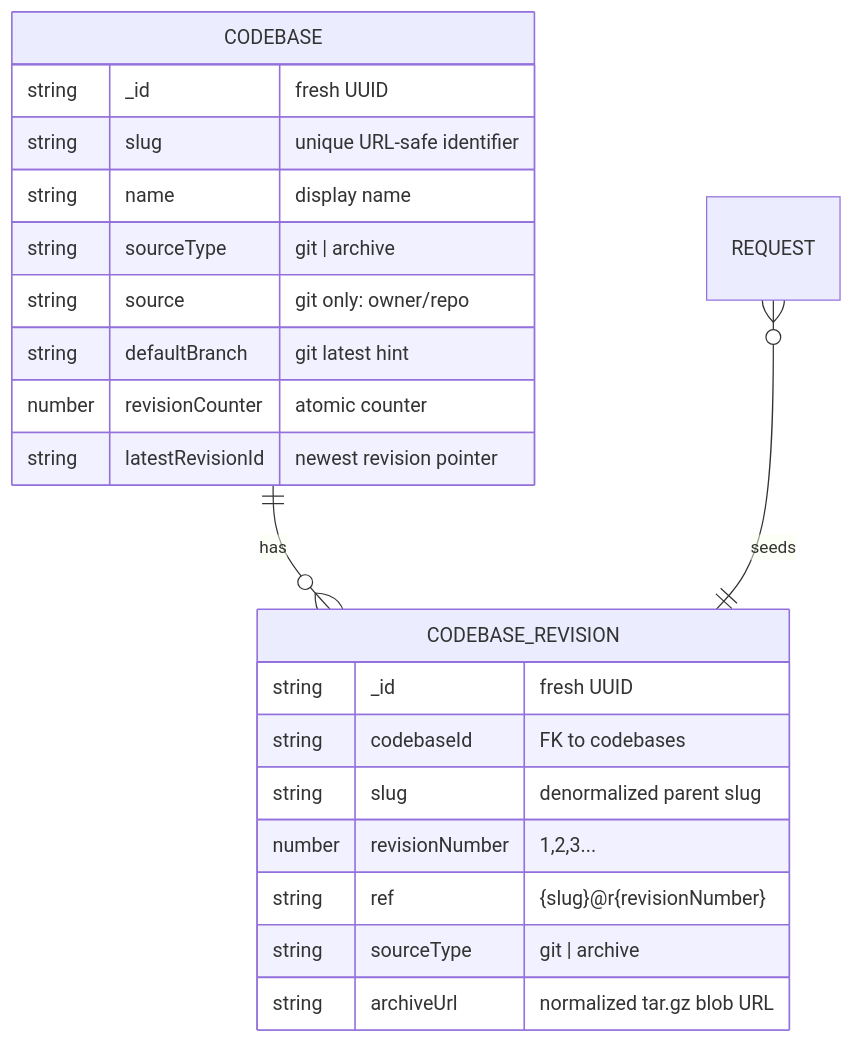
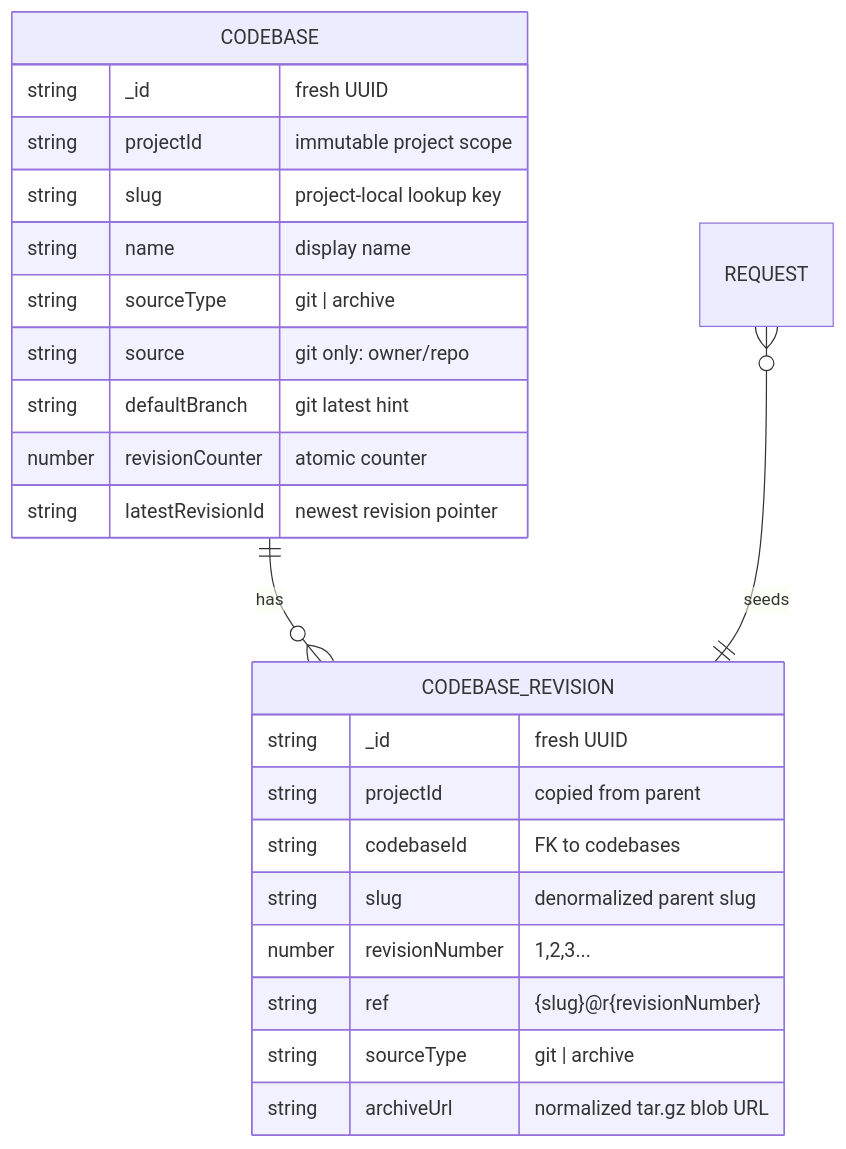
Before and after one commit to 1aifanatic/scope: the second of 3 diagrams in docs/architecture/codebases.md, drawn with Mermaid. The commit also changed other lines of this file and 154 other files, not shown here.

````diff
--- a/docs/architecture/codebases.md
+++ b/docs/architecture/codebases.md
@@ -54,26 +54,28 @@
 ```mermaid
 erDiagram
     CODEBASE ||--o{ CODEBASE_REVISION : has
     REQUEST }o--|| CODEBASE_REVISION : seeds
 
     CODEBASE {
         string _id "fresh UUID"
-        string slug "unique URL-safe identifier"
+        string projectId "immutable project scope"
+        string slug "project-local lookup key"
         string name "display name"
         string sourceType "git | archive"
         string source "git only: owner/repo"
         string defaultBranch "git latest hint"
         number revisionCounter "atomic counter"
         string latestRevisionId "newest revision pointer"
     }
 
     CODEBASE_REVISION {
         string _id "fresh UUID"
+        string projectId "copied from parent"
         string codebaseId "FK to codebases"
         string slug "denormalized parent slug"
         number revisionNumber "1,2,3..."
         string ref "{slug}@r{revisionNumber}"
         string sourceType "git | archive"
         string archiveUrl "normalized tar.gz blob URL"
     }
 ```
````
